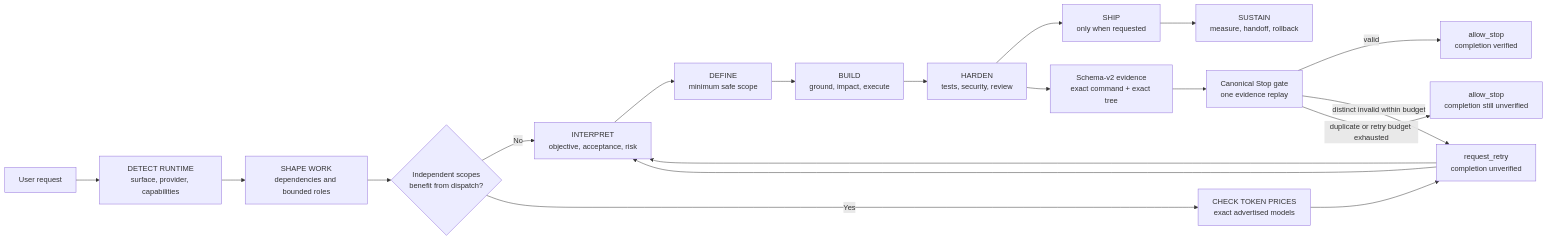
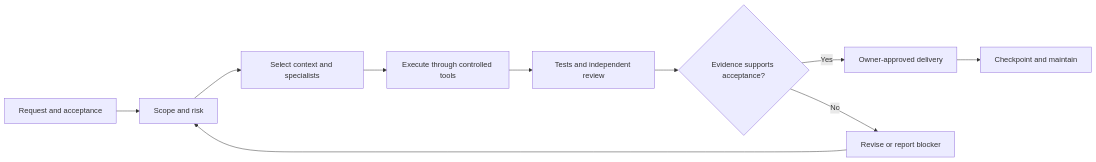
The diagram in README.md (buiphucminhtam/forgewright), drawn with Mermaid before and after one commit. The commit also changed other lines of this file and 25 other files, not shown here.

````diff
--- a/README.md
+++ b/README.md
@@ -105,22 +71,12 @@
 ```mermaid
 flowchart LR
-    A[User request] --> H[DETECT RUNTIME<br/>surface, provider, capabilities]
-    H --> W[SHAPE WORK<br/>dependencies and bounded roles]
-    W --> Q{Independent scopes<br/>benefit from dispatch?}
-    Q -->|No| B[INTERPRET<br/>objective, acceptance, risk]
-    Q -->|Yes| P[CHECK TOKEN PRICES<br/>exact advertised models]
-    P --> R[RANK CANDIDATES<br/>effectiveness → speed → tokens → cost]
-    R --> B
-    B --> C[DEFINE<br/>minimum safe scope]
-    C --> D[BUILD<br/>ground, impact, execute]
-    D --> E[HARDEN<br/>tests, security, review]
-    E --> F[SHIP<br/>only when requested]
-    F --> G[SUSTAIN<br/>measure, handoff, rollback]
-
-    E --> V[Schema-v2 evidence<br/>exact command + exact tree]
-    V --> S[Canonical Stop gate<br/>one evidence replay]
-    S -->|valid| X[allow_stop<br/>completion verified]
-    S -->|distinct invalid within budget| R[request_retry<br/>completion unverified]
-    R --> B
-    S -->|duplicate or retry budget exhausted| U[allow_stop<br/>completion still unverified]
+    A[Request and acceptance] --> B[Scope and risk]
+    B --> C[Select context and specialists]
+    C --> D[Execute through controlled tools]
+    D --> E[Tests and independent review]
+    E --> F{Evidence supports acceptance?}
+    F -->|Yes| G[Owner-approved delivery]
+    F -->|No| H[Revise or report blocker]
+    H --> B
+    G --> I[Checkpoint and maintain]
 ```
````
